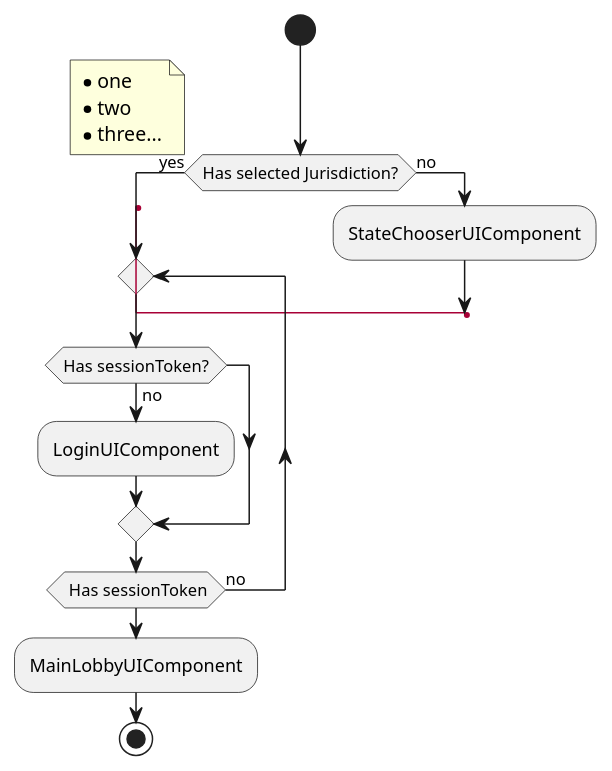
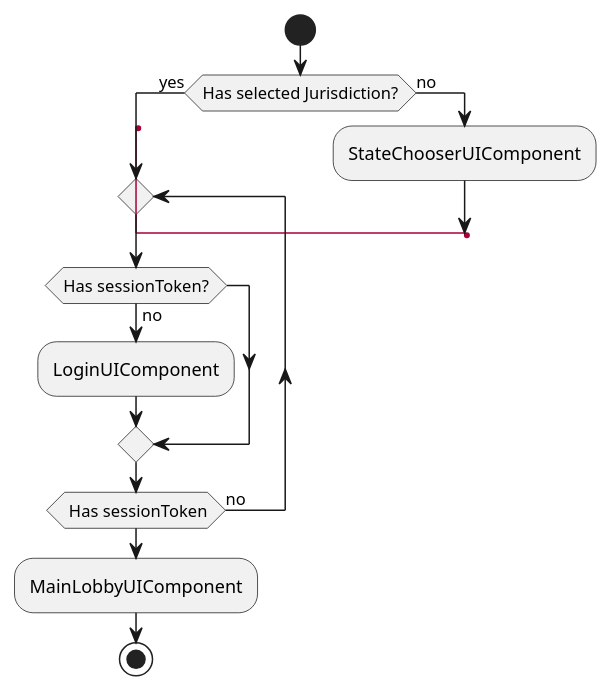
Before and after one commit to palainteractivedev/umlmodels: the diagram in uml/login.puml, drawn with PlantUML.

```diff
--- a/uml/login.puml
+++ b/uml/login.puml
@@ -1,23 +1,19 @@
 @startuml
 
 start
 if (Has selected Jurisdiction?) then (yes)
   label lbl_login
   repeat
     if (Has sessionToken?) then (no)
       :LoginUIComponent;
     endif
   repeat while( Has sessionToken) is (no)
   :MainLobbyUIComponent;
   stop
 else (no)
   :StateChooserUIComponent;
   goto lbl_login
 endif
-note left
-  * one
-  * two
-  * three...
-end note
+
 
 @enduml
```
